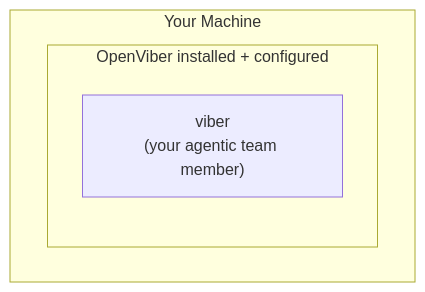
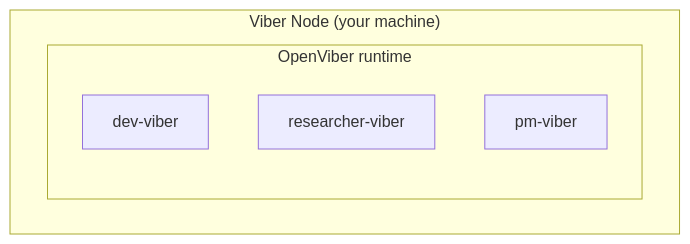
The diagram in docs/concepts/viber.md (dustland/openviber), drawn with Mermaid before and after one commit. The commit also changed other lines of this file and 35 other files, not shown here.

````diff
--- a/docs/concepts/viber.md
+++ b/docs/concepts/viber.md
@@ -9,8 +9,10 @@
 ```mermaid
 graph TB
-    subgraph machine["Your Machine"]
-        subgraph openviber["OpenViber installed + configured"]
-            viber["viber<br/>(your agentic team member)"]
+    subgraph node["Viber Node (your machine)"]
+        subgraph openviber["OpenViber runtime"]
+            v1["dev-viber"]
+            v2["researcher-viber"]
+            v3["pm-viber"]
         end
     end
 ```
````
